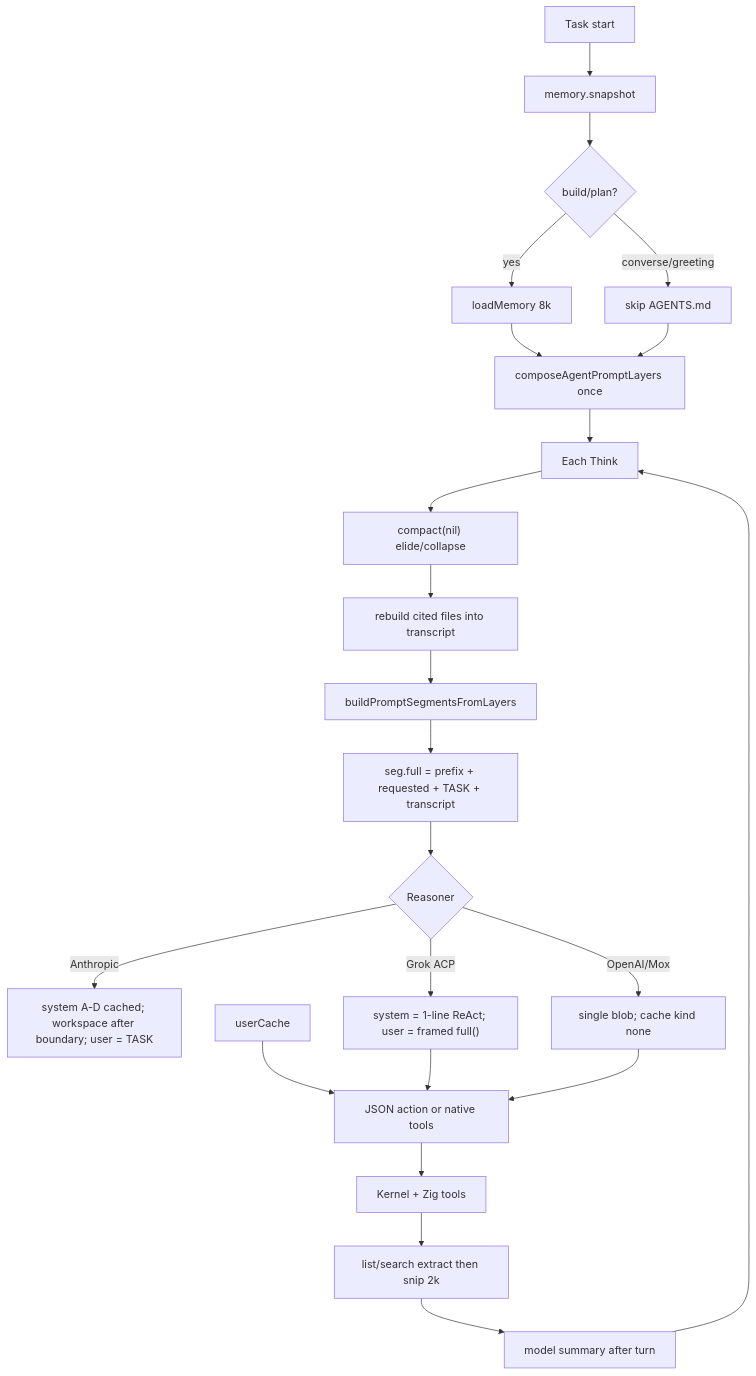
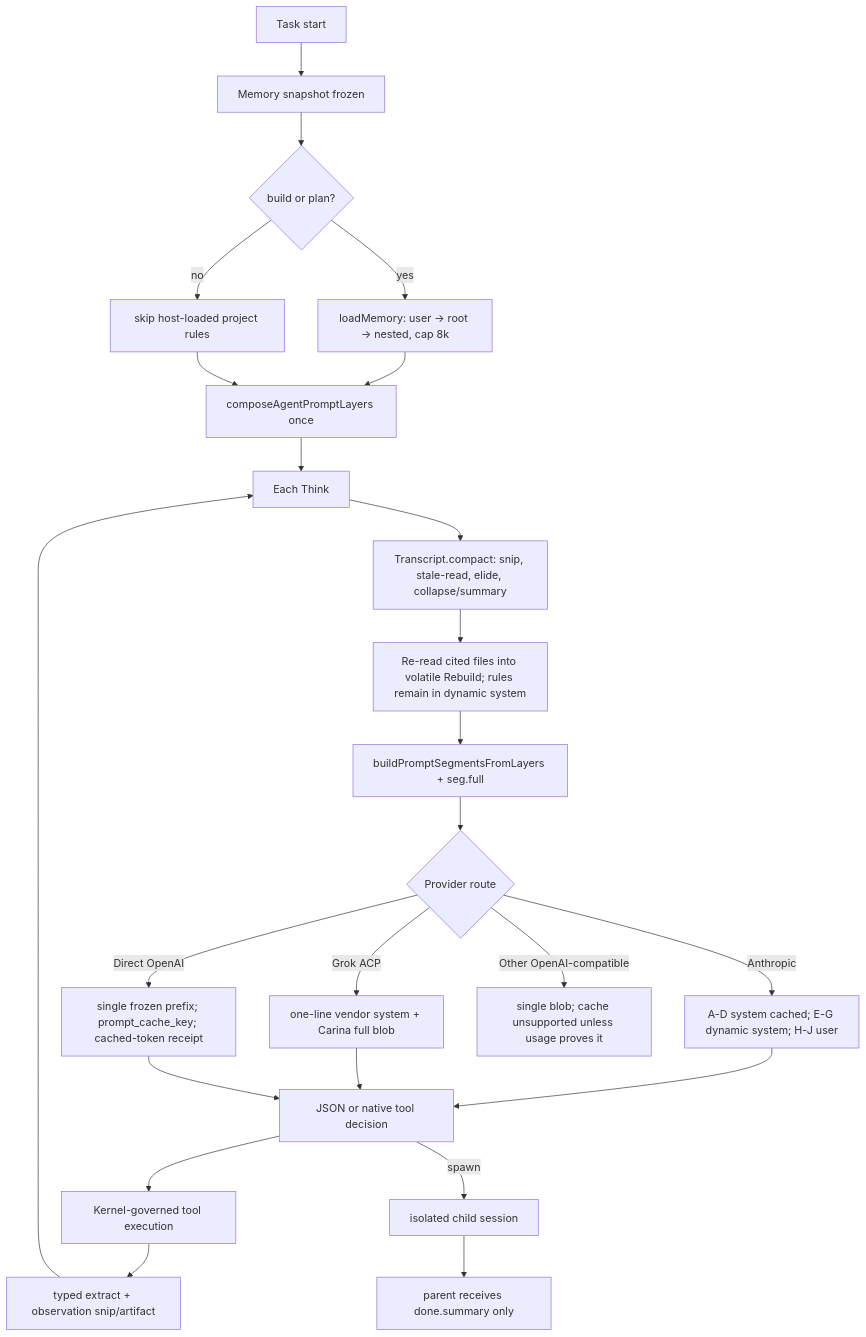
One commit to Nebutra/carina changed the diagram in docs/CONTEXT_ENGINEERING.md. Above: the diagram before and after it, drawn with Mermaid. The commit also changed other lines of this file and 71 other files, not shown here.

````diff
--- a/docs/CONTEXT_ENGINEERING.md
+++ b/docs/CONTEXT_ENGINEERING.md
@@ -99,25 +107,26 @@
 ```mermaid
 flowchart TD
-  start[Task start] --> snap[memory.snapshot]
-  snap --> rules{build/plan?}
-  rules -->|yes| loadF[loadMemory 8k]
-  rules -->|converse/greeting| skipF[skip AGENTS.md]
-  loadF --> layers
-  skipF --> layers[composeAgentPromptLayers once]
-  layers --> loop[Each Think]
-  loop --> cheap["compact(nil) elide/collapse"]
-  cheap --> rebuild[rebuild cited files into transcript]
-  rebuild --> build[buildPromptSegmentsFromLayers]
-  build --> full["seg.full = prefix + requested + TASK + transcript"]
-  full --> route{Reasoner}
-  route -->|Anthropic| sysCache["system A-D cached; workspace after boundary; user = TASK"]
-  route -->|Grok ACP| stuff["system = 1-line ReAct; user = framed full()"]
-  route -->|OpenAI/Mox| blob["single blob; cache kind none"]
-  userCache --> act[JSON action or native tools]
-  stuff --> act
+  start[Task start] --> snap[Memory snapshot frozen]
+  snap --> rules{build or plan?}
+  rules -->|yes| f[loadMemory: user -> root -> nested, cap 8k]
+  rules -->|no| nof[skip host-loaded project rules]
+  f --> compose[composeAgentPromptLayers once]
+  nof --> compose
+  compose --> loop[Each Think]
+  loop --> cheap[Transcript.compact: snip, stale-read, elide, collapse/summary]
+  cheap --> rebuild[Re-read cited files into volatile Rebuild; rules remain in dynamic system]
+  rebuild --> assemble[buildPromptSegmentsFromLayers + seg.full]
+  assemble --> route{Provider route}
+  route -->|Anthropic| sys[A-D system cached; E-G dynamic system; H-J user]
+  route -->|Grok ACP| vendor[one-line vendor system + Carina full blob]
+  route -->|Direct OpenAI| blob[single frozen prefix; prompt_cache_key; cached-token receipt]
+  route -->|Other OpenAI-compatible| relay[single blob; cache unsupported unless usage proves it]
+  sys --> act[JSON or native tool decision]
+  vendor --> act
   blob --> act
-  act --> exec[Kernel + Zig tools]
-  exec --> obs[list/search extract then snip 2k]
-  obs --> after[model summary after turn]
-  after --> loop
+  act --> execute[Kernel-governed tool execution]
+  execute --> obs[typed extract + observation snip/artifact]
+  obs --> loop
+  act -->|spawn| child[isolated child session]
+  child --> summary[parent receives done.summary only]
 ```
````
